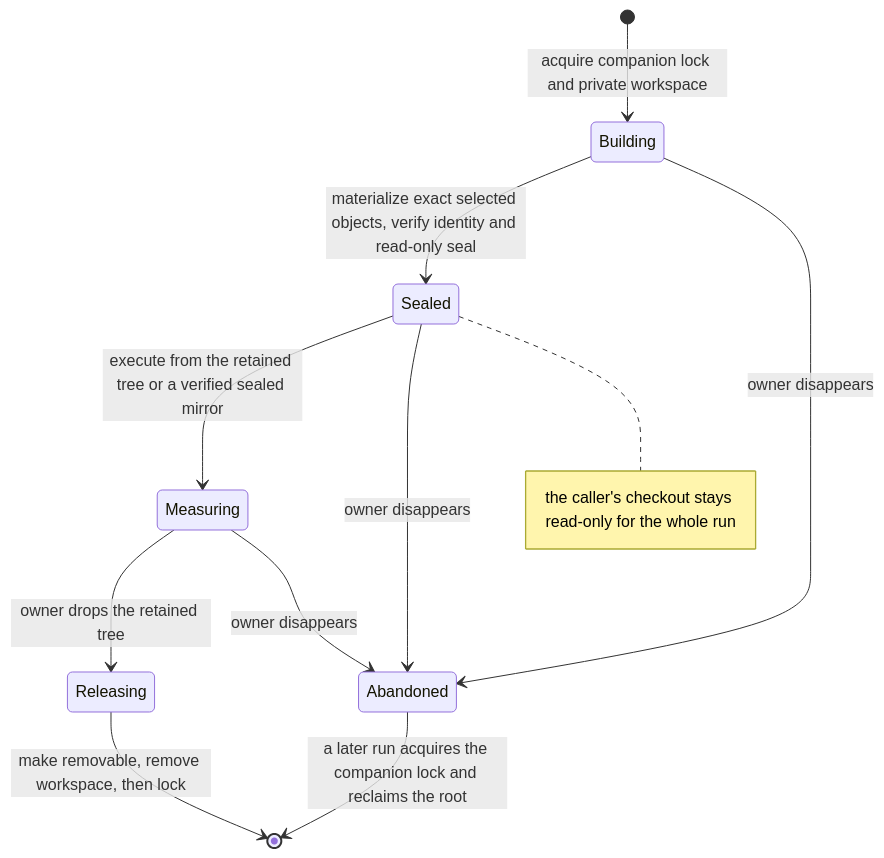
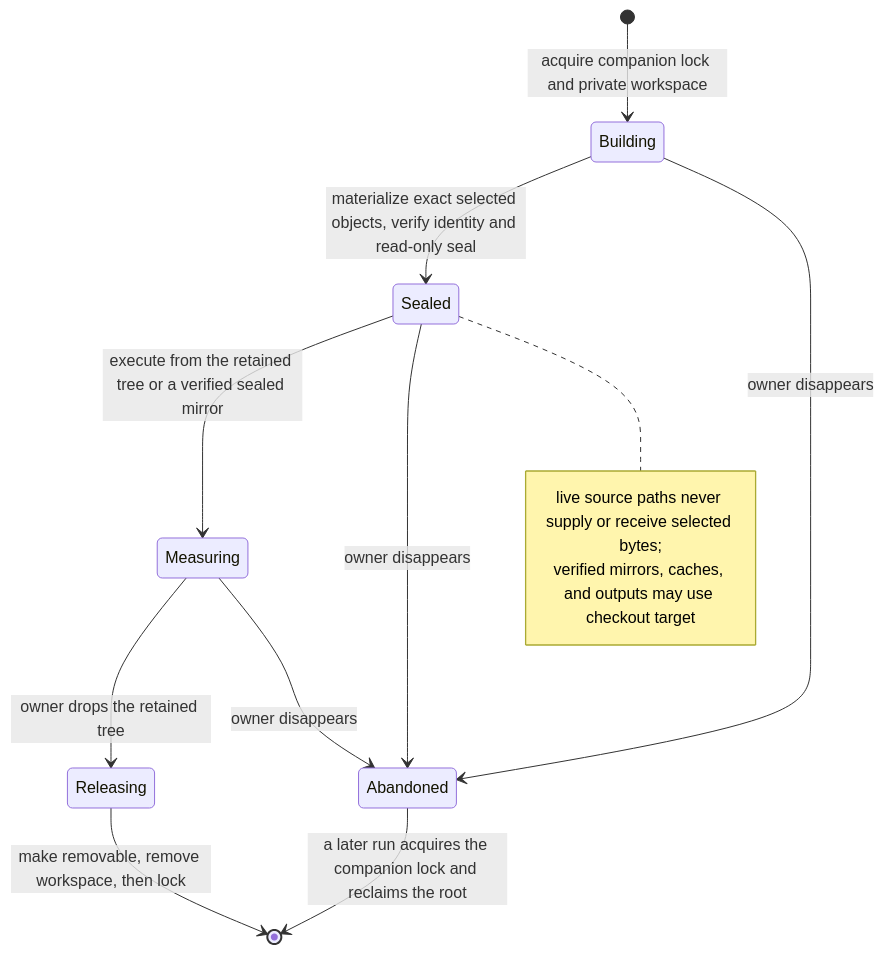
One commit to infimalabs/spice-rust changed diagram 13 of 13 in docs/product/checks.md. Above: the diagram before and after it, drawn with Mermaid. The commit also changed other lines of this file and 120 other files, not shown here.

````diff
--- a/docs/product/checks.md
+++ b/docs/product/checks.md
@@ -499,15 +475,16 @@
 ```mermaid
 stateDiagram-v2
   [*] --> Building : acquire companion lock and private workspace
   Building --> Sealed : materialize exact selected objects, verify identity and read-only seal
   Sealed --> Measuring : execute from the retained tree or a verified sealed mirror
   Measuring --> Releasing : owner drops the retained tree
   Releasing --> [*] : make removable, remove workspace, then lock
   Building --> Abandoned : owner disappears
   Sealed --> Abandoned : owner disappears
   Measuring --> Abandoned : owner disappears
   Abandoned --> [*] : a later run acquires the companion lock and reclaims the root
   note right of Sealed
-    the caller's checkout stays read-only for the whole run
+    live source paths never supply or receive selected bytes;
+    verified mirrors, caches, and outputs may use checkout target
   end note
 ```
````
